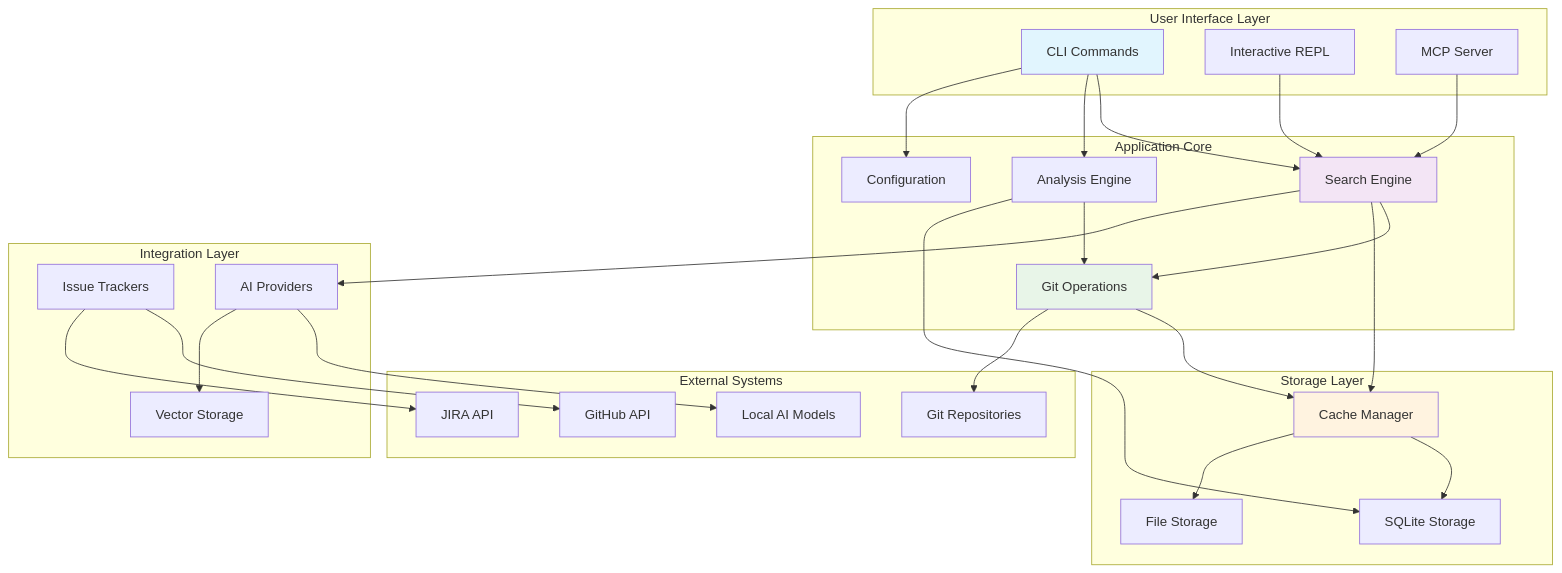
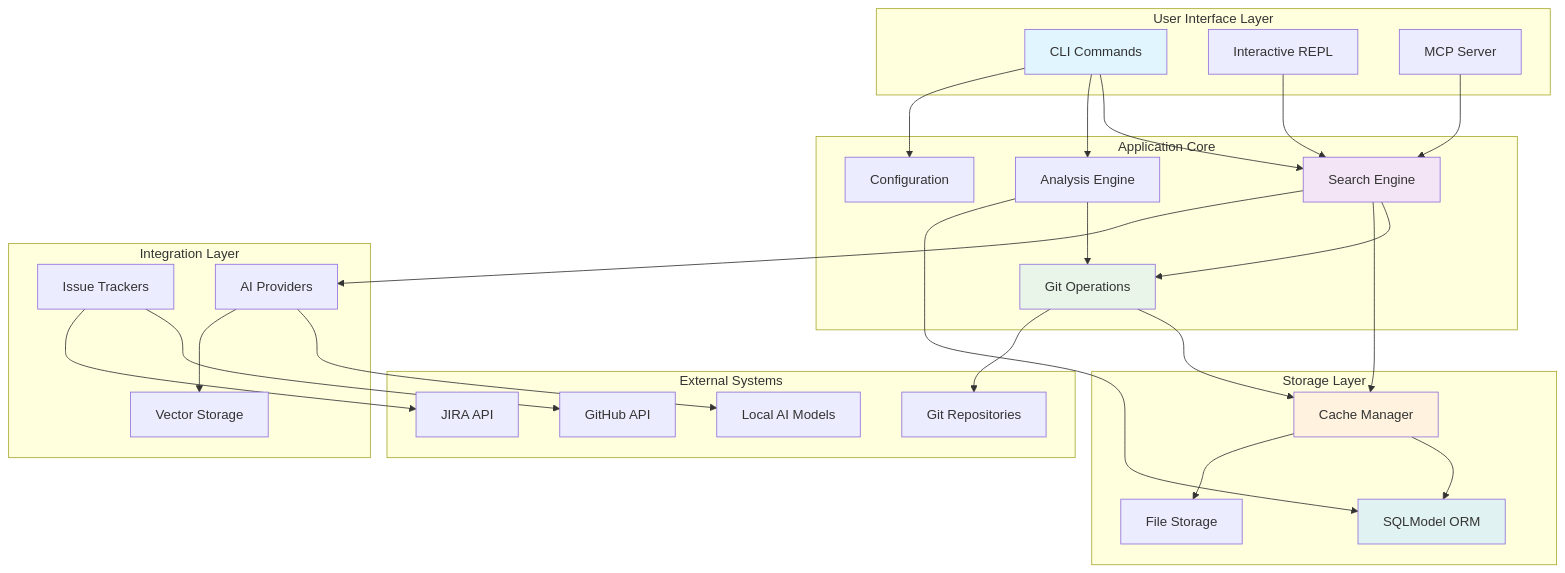
The first of 3 diagrams in docs/contributor/design/architecture-overview.md (SeanMooney/ca-bhfuil), drawn with Mermaid before and after one commit. The commit also changed other lines of this file and 4 other files, not shown here.

````diff
--- a/docs/contributor/design/architecture-overview.md
+++ b/docs/contributor/design/architecture-overview.md
@@ -31,62 +31,63 @@
 ```mermaid
 graph TB
     subgraph "User Interface Layer"
         CLI[CLI Commands]
         Interactive[Interactive REPL]
         MCP[MCP Server]
     end
 
     subgraph "Application Core"
         Search[Search Engine]
         Analysis[Analysis Engine]
         Git[Git Operations]
         Config[Configuration]
     end
 
     subgraph "Storage Layer"
         Cache[Cache Manager]
-        Database[SQLite Storage]
+        ORM[SQLModel ORM]
         Files[File Storage]
     end
 
     subgraph "Integration Layer"
         Trackers[Issue Trackers]
         AI[AI Providers]
         Embeddings[Vector Storage]
     end
 
     subgraph "External Systems"
         Repos[Git Repositories]
         GitHub[GitHub API]
         JIRA[JIRA API]
         Ollama[Local AI Models]
     end
 
     CLI --> Search
     CLI --> Analysis
     CLI --> Config
     Interactive --> Search
     MCP --> Search
 
     Search --> Git
     Search --> Cache
     Search --> AI
     Analysis --> Git
-    Analysis --> Database
+    Analysis --> ORM
     Git --> Cache
 
-    Cache --> Database
+    Cache --> ORM
     Cache --> Files
 
     Trackers --> GitHub
     Trackers --> JIRA
     AI --> Ollama
     AI --> Embeddings
 
     Git --> Repos
 
     style CLI fill:#e1f5fe
     style Search fill:#f3e5f5
     style Git fill:#e8f5e8
     style Cache fill:#fff3e0
+    style ORM fill:#e0f2f1
 ```
````
